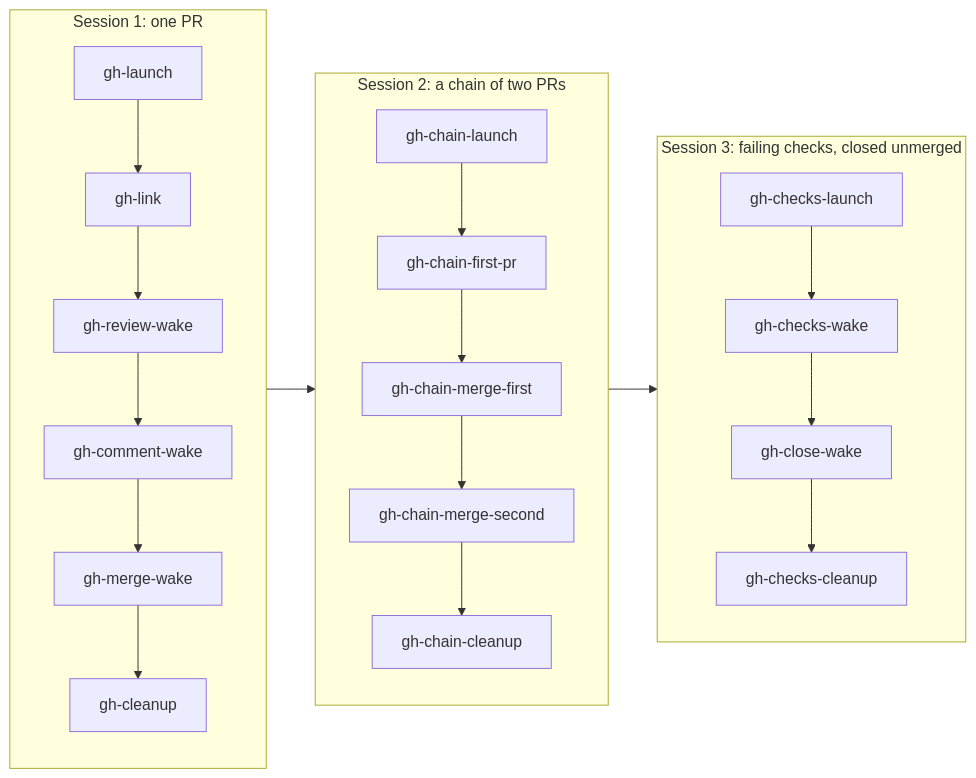
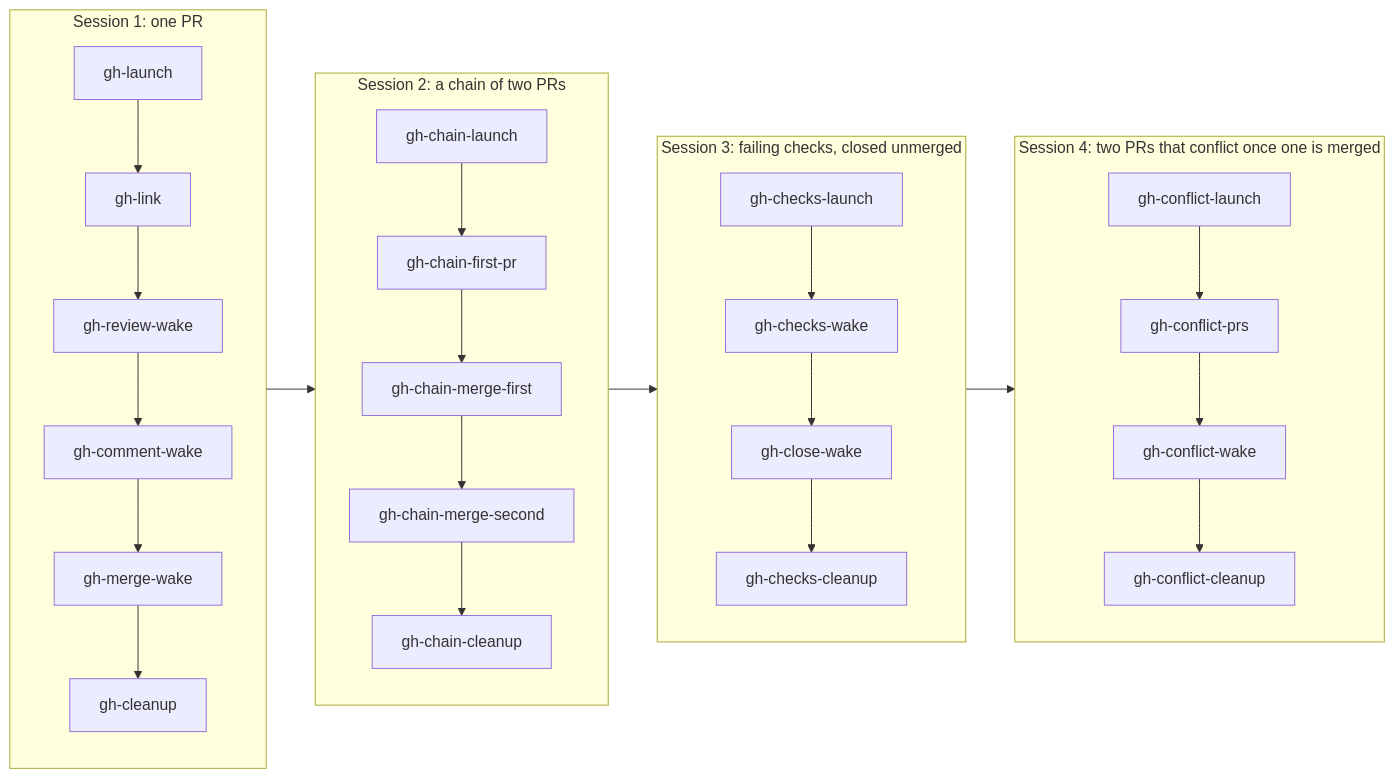
The third of 3 diagrams in docs/github.md (nikovirtala/kiro-remote), drawn with Mermaid before and after one commit. The commit also changed other lines of this file and 2 other files, not shown here.

Commit message:
docs(github): document the conflict wake; test(e2e): add the gh-conflict steps

````diff
--- a/docs/github.md
+++ b/docs/github.md
@@ -324,16 +408,20 @@
 ```mermaid
 flowchart LR
     subgraph s1["Session 1: one PR"]
         direction TB
         l1["gh-launch"] --> k1["gh-link"] --> rv["gh-review-wake"] --> cm["gh-comment-wake"] --> mg["gh-merge-wake"] --> c1["gh-cleanup"]
     end
     subgraph s2["Session 2: a chain of two PRs"]
         direction TB
         l2["gh-chain-launch"] --> f2["gh-chain-first-pr"] --> m1["gh-chain-merge-first"] --> m2["gh-chain-merge-second"] --> c2["gh-chain-cleanup"]
     end
     subgraph s3["Session 3: failing checks, closed unmerged"]
         direction TB
         l3["gh-checks-launch"] --> w3["gh-checks-wake"] --> x3["gh-close-wake"] --> c3["gh-checks-cleanup"]
     end
-    s1 --> s2 --> s3
+    subgraph s4["Session 4: two PRs that conflict once one is merged"]
+        direction TB
+        l4["gh-conflict-launch"] --> p4["gh-conflict-prs"] --> w4["gh-conflict-wake"] --> c4["gh-conflict-cleanup"]
+    end
+    s1 --> s2 --> s3 --> s4
 ```
````
